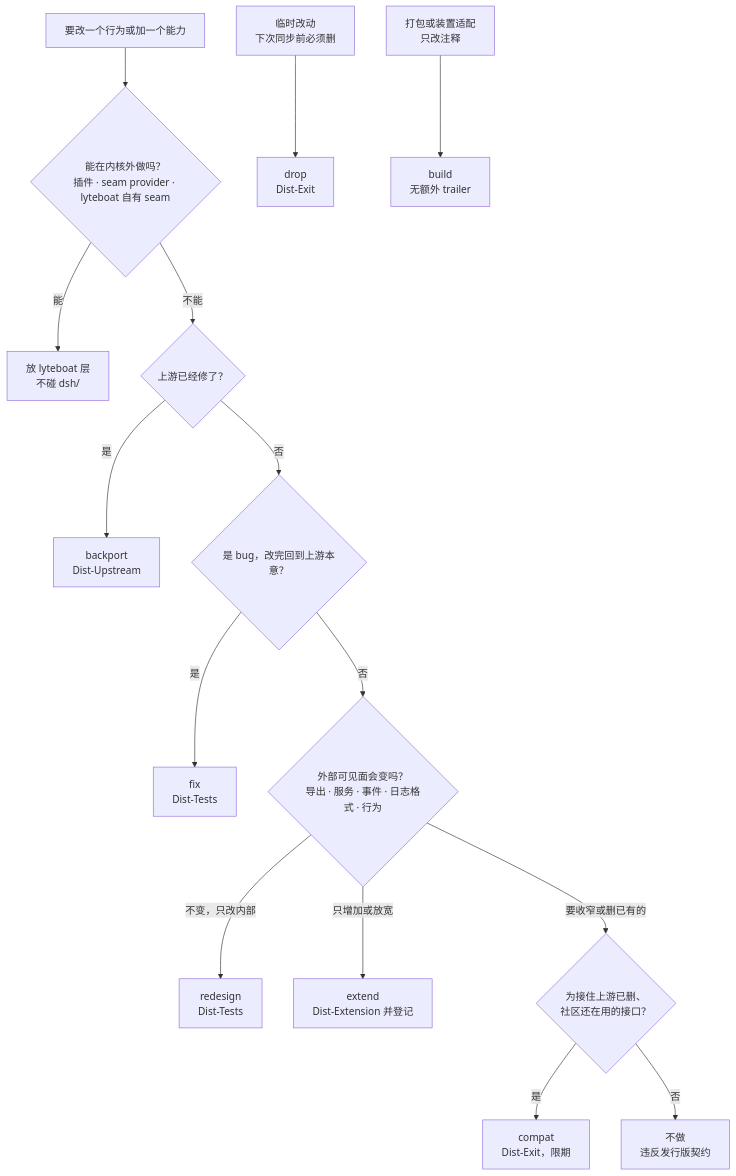
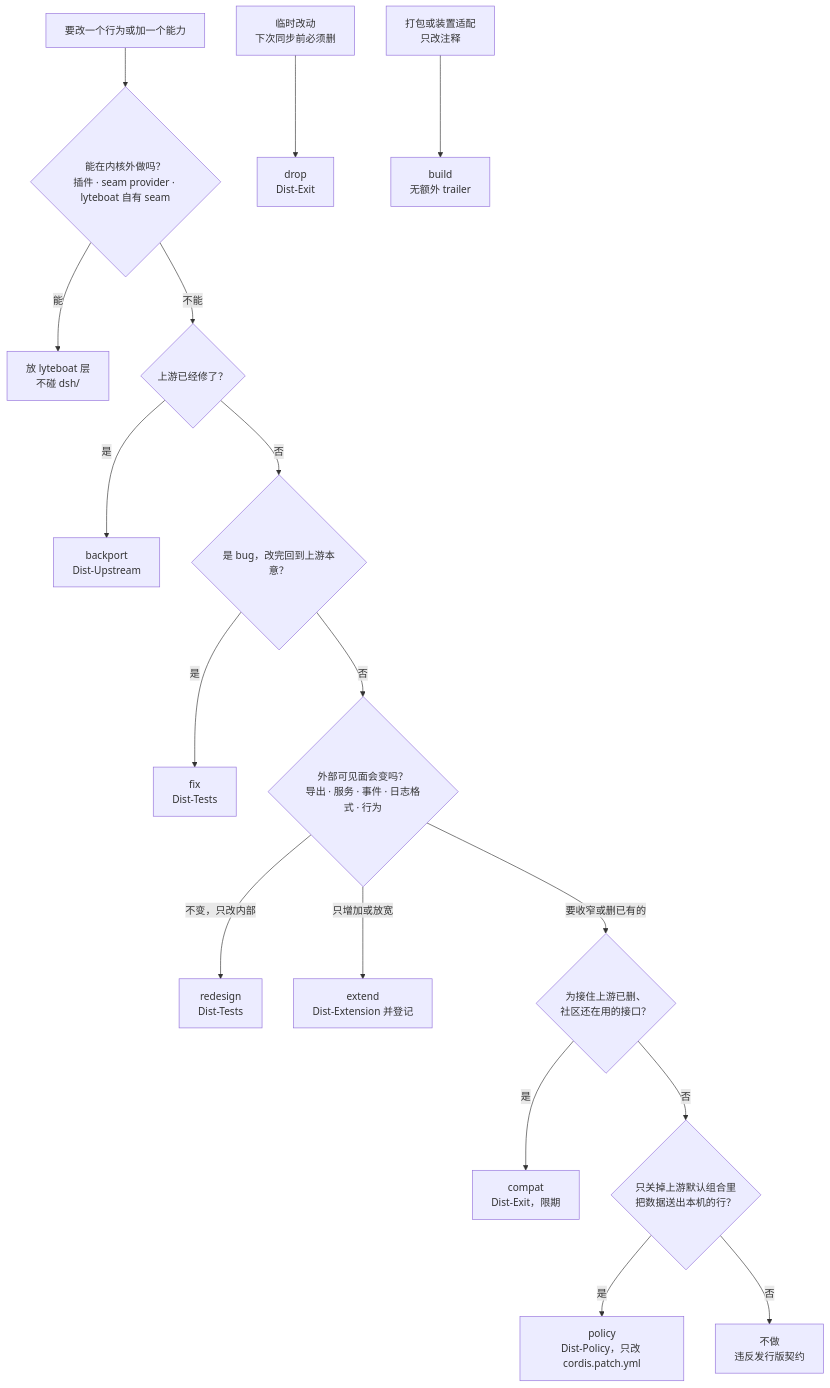
One commit to lyteboat/lyteboat changed the second of 3 diagrams in docs/02-distribution.md. Above: the diagram before and after it, drawn with Mermaid. The commit also changed other lines of this file and 4 other files, not shown here.

````diff
--- a/docs/02-distribution.md
+++ b/docs/02-distribution.md
@@ -287,17 +287,19 @@
 ```mermaid
 flowchart TD
   Q0["要改一个行为或加一个能力"] --> Q1{"能在内核外做吗？<br/>插件 · seam provider · lyteboat 自有 seam"}
   Q1 -->|"能"| OUT["放 lyteboat 层<br/>不碰 dsh/"]
   Q1 -->|"不能"| Q2{"上游已经修了？"}
   Q2 -->|"是"| BK["backport<br/>Dist-Upstream"]
   Q2 -->|"否"| Q3{"是 bug，改完回到上游本意？"}
   Q3 -->|"是"| FX["fix<br/>Dist-Tests"]
   Q3 -->|"否"| Q4{"外部可见面会变吗？<br/>导出 · 服务 · 事件 · 日志格式 · 行为"}
   Q4 -->|"不变，只改内部"| RD["redesign<br/>Dist-Tests"]
   Q4 -->|"只增加或放宽"| EX["extend<br/>Dist-Extension 并登记"]
   Q4 -->|"要收窄或删已有的"| Q5{"为接住上游已删、<br/>社区还在用的接口？"}
   Q5 -->|"是"| CP["compat<br/>Dist-Exit，限期"]
-  Q5 -->|"否"| NO["不做<br/>违反发行版契约"]
+  Q5 -->|"否"| Q6{"只关掉上游默认组合里<br/>把数据送出本机的行？"}
+  Q6 -->|"是"| PL["policy<br/>Dist-Policy，只改 cordis.patch.yml"]
+  Q6 -->|"否"| NO["不做<br/>违反发行版契约"]
   TMP["临时改动<br/>下次同步前必须删"] --> DR["drop<br/>Dist-Exit"]
   PKG["打包或装置适配<br/>只改注释"] --> BD["build<br/>无额外 trailer"]
 ```
````
